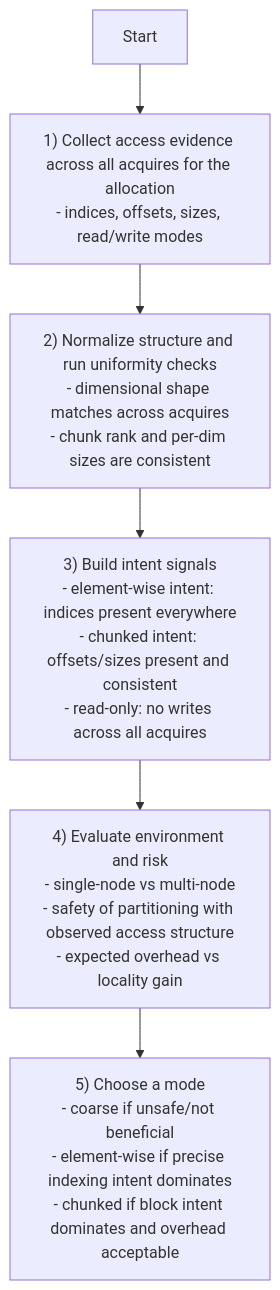
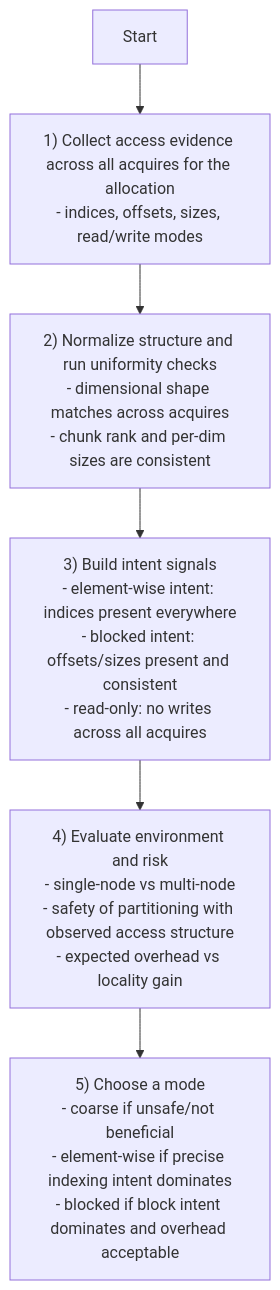
Before and after one commit to randreshg/carts: the first of 9 diagrams in docs/heuristics/partitioning/partitioning.md, drawn with Mermaid. The commit also changed other lines of this file and 88 other files, not shown here.

Commit message:
Refactor datablock partitioning to support block mode and enhance heuristics. Docs were also updated

````diff
--- a/docs/heuristics/partitioning/partitioning.md
+++ b/docs/heuristics/partitioning/partitioning.md
@@ -57,8 +77,8 @@
 ```mermaid
 flowchart TD
   A[Start] --> B["1) Collect access evidence across all acquires for the allocation<br/>- indices, offsets, sizes, read/write modes"]
   B --> C["2) Normalize structure and run uniformity checks<br/>- dimensional shape matches across acquires<br/>- chunk rank and per-dim sizes are consistent"]
-  C --> D["3) Build intent signals<br/>- element-wise intent: indices present everywhere<br/>- chunked intent: offsets/sizes present and consistent<br/>- read-only: no writes across all acquires"]
+  C --> D["3) Build intent signals<br/>- element-wise intent: indices present everywhere<br/>- blocked intent: offsets/sizes present and consistent<br/>- read-only: no writes across all acquires"]
   D --> E["4) Evaluate environment and risk<br/>- single-node vs multi-node<br/>- safety of partitioning with observed access structure<br/>- expected overhead vs locality gain"]
-  E --> F["5) Choose a mode<br/>- coarse if unsafe/not beneficial<br/>- element-wise if precise indexing intent dominates<br/>- chunked if block intent dominates and overhead acceptable"]
+  E --> F["5) Choose a mode<br/>- coarse if unsafe/not beneficial<br/>- element-wise if precise indexing intent dominates<br/>- blocked if block intent dominates and overhead acceptable"]
 ```
````
